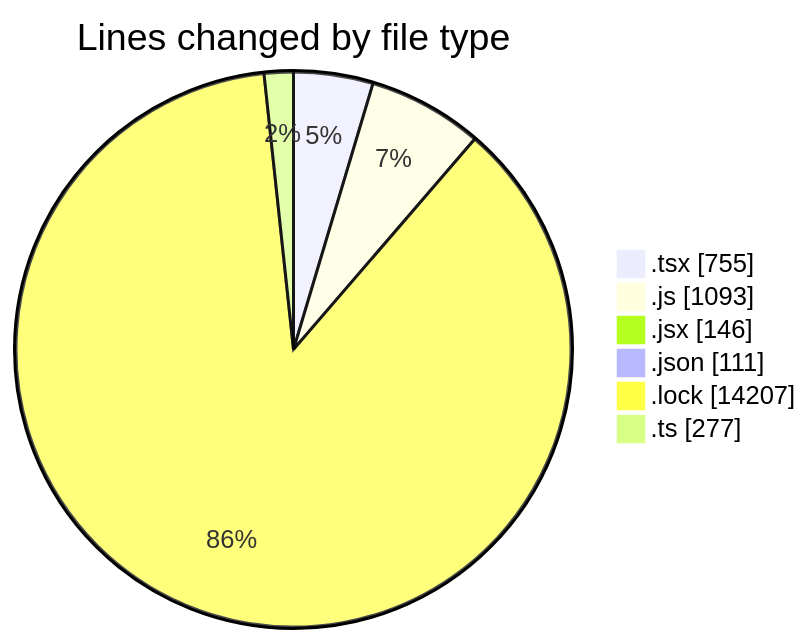
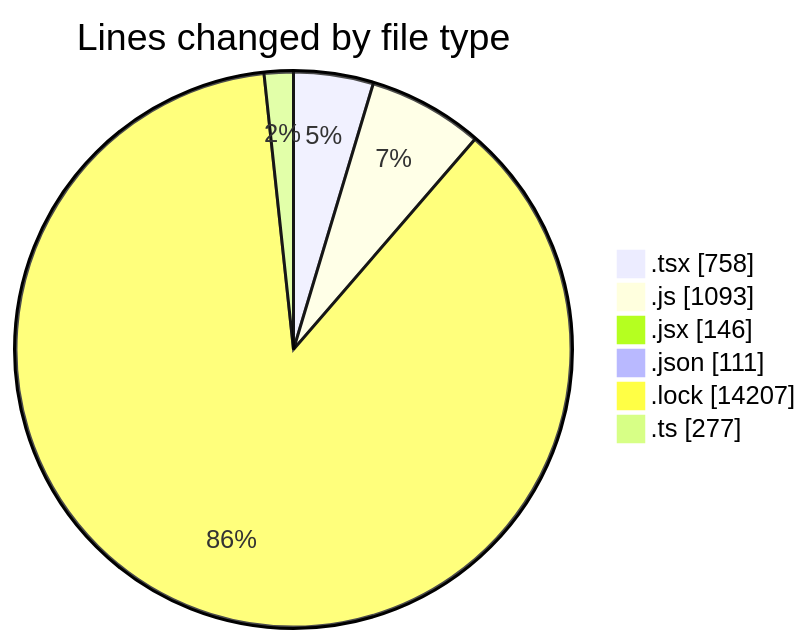
One commit to momahboobian/code-tracking changed the first of 2 diagrams in 2025-05-08/cda/README.md. Above: the diagram before and after it, drawn with Mermaid. The commit also changed other lines of this file and 1 other file, not shown here.

````diff
--- a/2025-05-08/cda/README.md
+++ b/2025-05-08/cda/README.md
@@ -36,10 +36,10 @@
 ```mermaid
 pie showData
 title Lines changed by file type
-".tsx" : 755
+".tsx" : 758
 ".js" : 1093
 ".jsx" : 146
 ".json" : 111
 ".lock" : 14207
 ".ts" : 277
 ```
````
